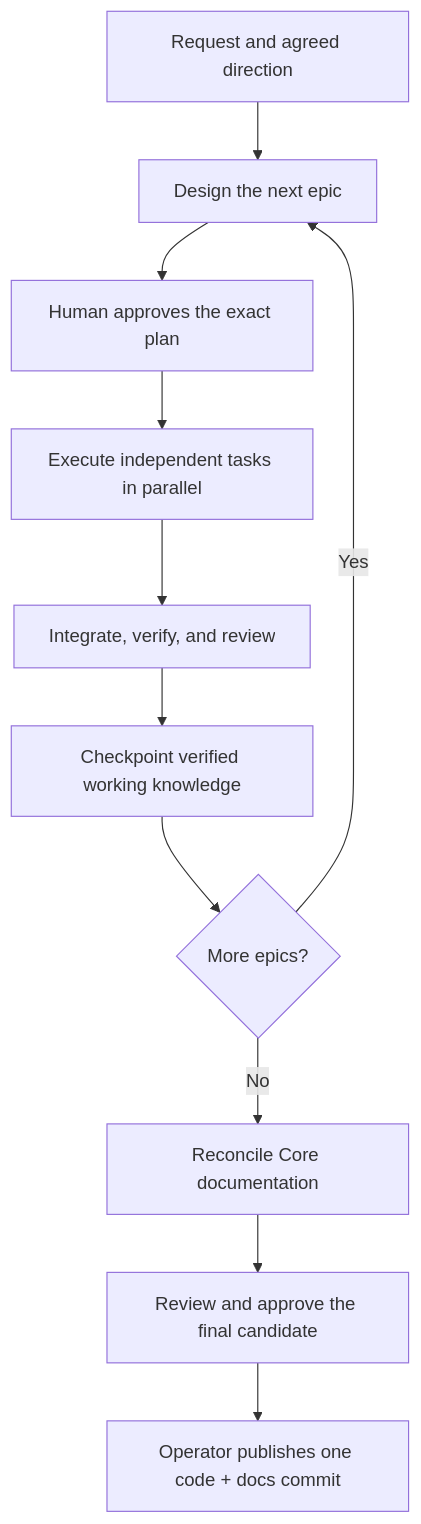
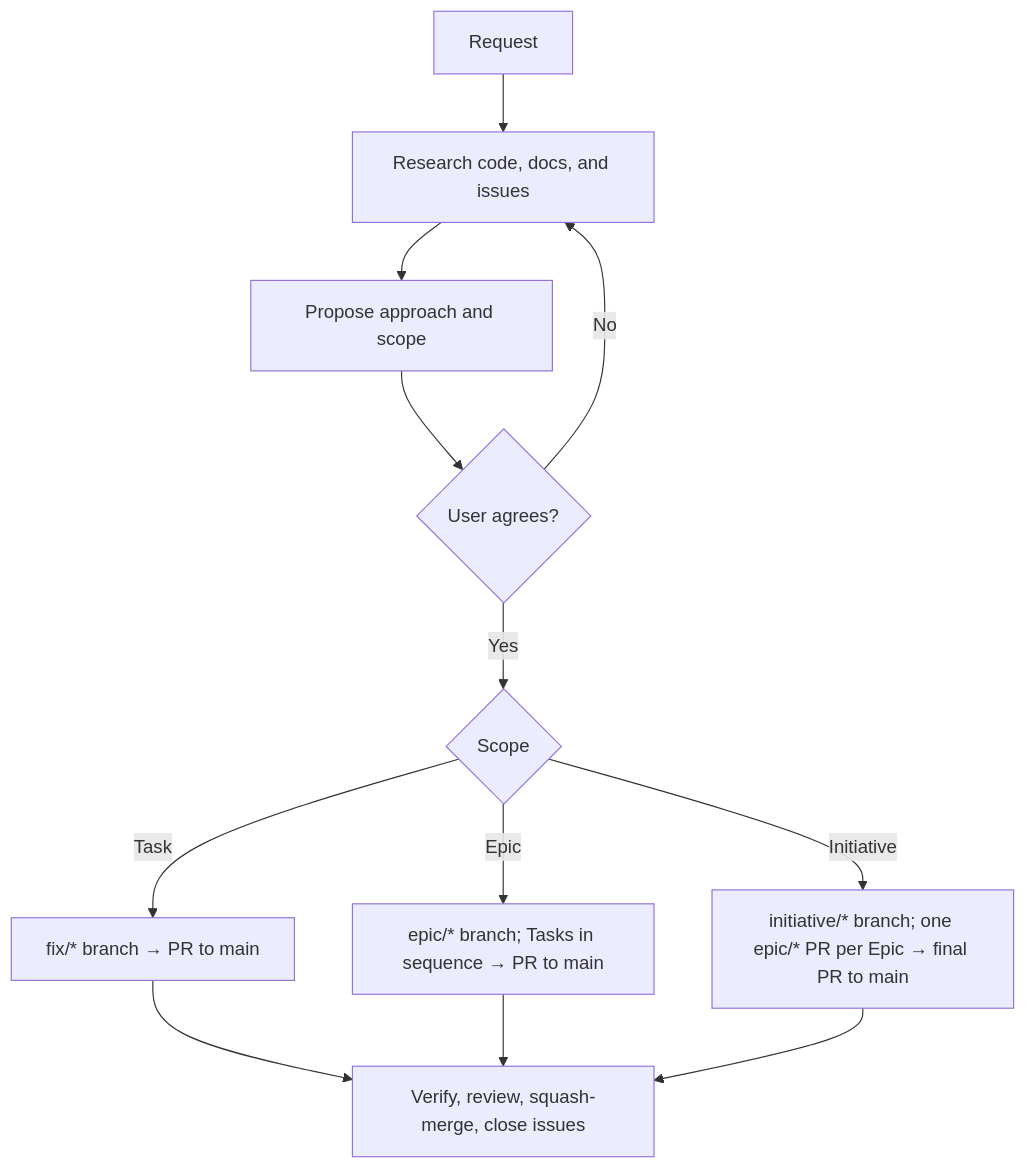
Before and after one commit to nkhus/orchi: the diagram in README.md, drawn with Mermaid. The commit also changed other lines of this file and 102 other files, not shown here.

````diff
--- a/README.md
+++ b/README.md
@@ -102,13 +69,14 @@
 ```mermaid
 flowchart TD
-    A[Request and agreed direction] --> B[Design the next epic]
-    B --> C[Human approves the exact plan]
-    C --> D[Execute independent tasks in parallel]
-    D --> E[Integrate, verify, and review]
-    E --> F[Checkpoint verified working knowledge]
-    F --> G{More epics?}
-    G -->|Yes| B
-    G -->|No| H[Reconcile Core documentation]
-    H --> I[Review and approve the final candidate]
-    I --> J[Operator publishes one code + docs commit]
+    A[Request] --> B[Research code, docs, and issues]
+    B --> C[Propose approach and scope]
+    C --> D{User agrees?}
+    D -->|No| B
+    D -->|Yes| E{Scope}
+    E -->|Task| F[fix/* branch → PR to main]
+    E -->|Epic| G[epic/* branch; Tasks in sequence → PR to main]
+    E -->|Initiative| H[initiative/* branch; one epic/* PR per Epic → final PR to main]
+    F --> I[Verify, review, squash-merge, close issues]
+    G --> I
+    H --> I
 ```
````
